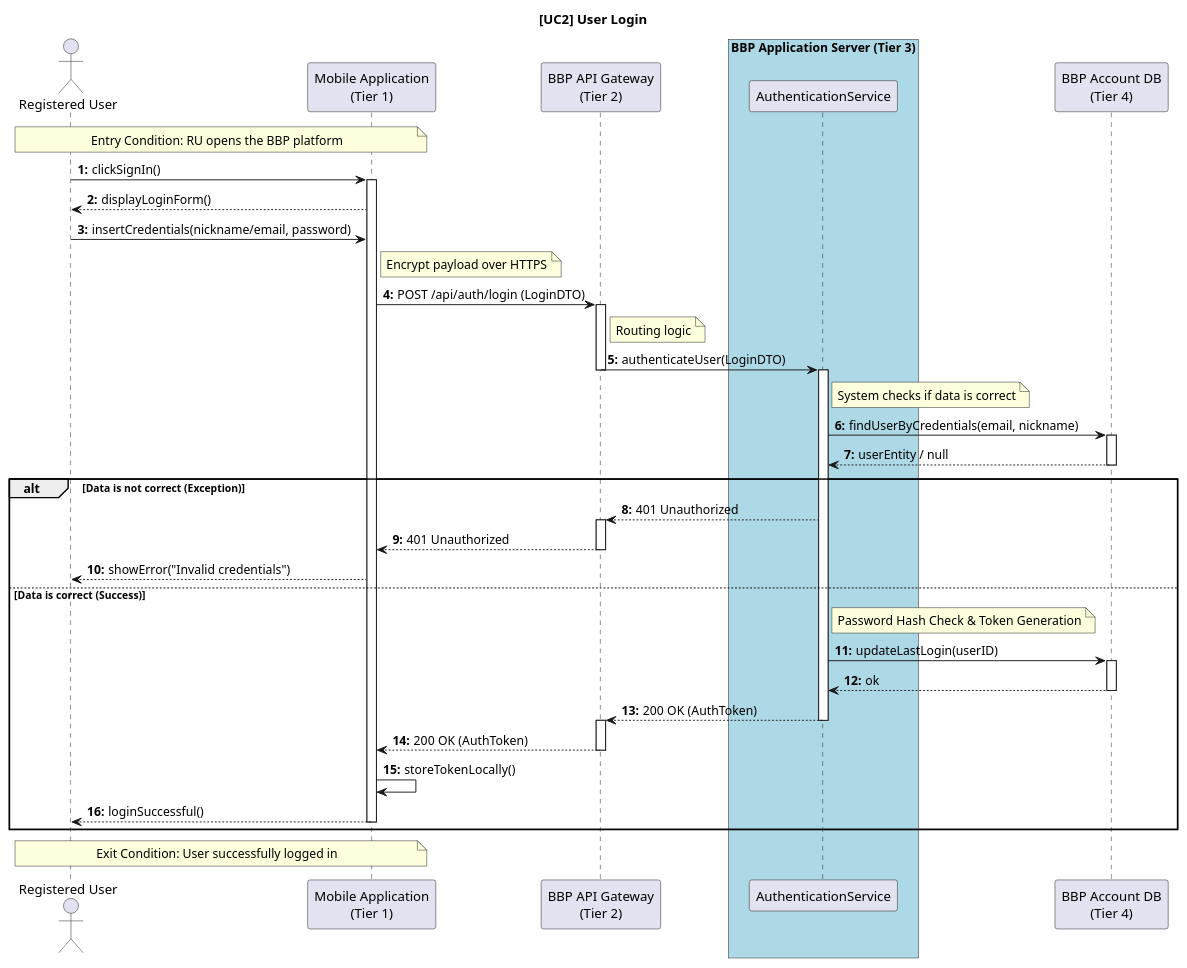
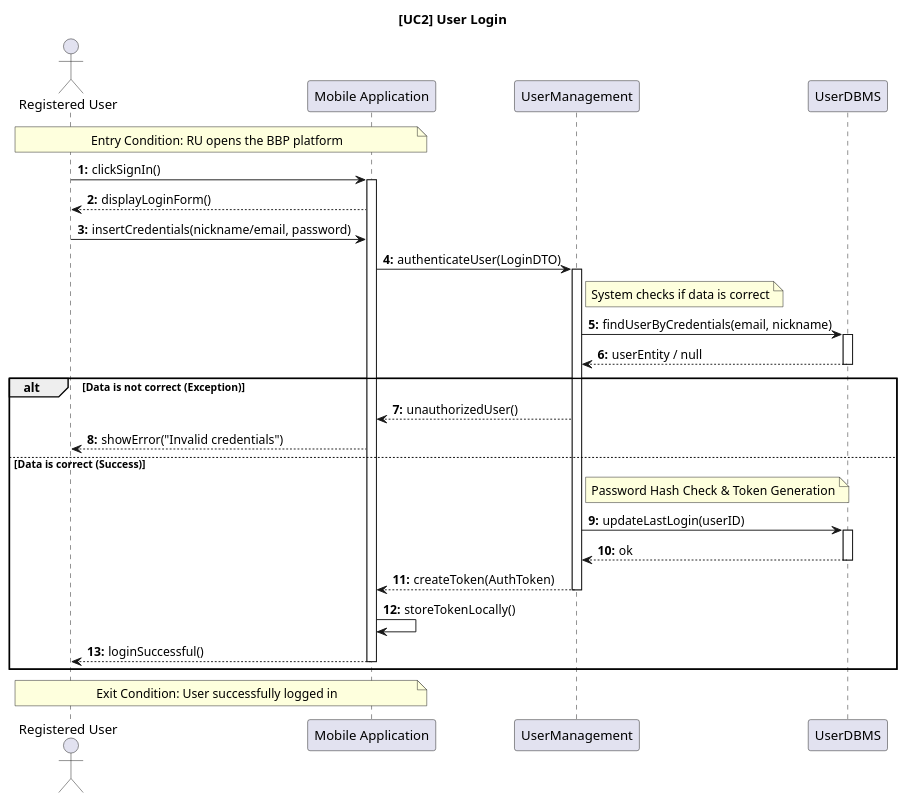
One commit to ilevinci/RubinoUvinsiVinciguerra changed the diagram in DD/sequencediagrams/usecase2.puml. Above: the diagram before and after it, drawn with PlantUML. The commit also changed 8 other files, not shown here.

Commit message:
update sequence diagrams (use case->component)

```diff
--- a/DD/sequencediagrams/usecase2.puml
+++ b/DD/sequencediagrams/usecase2.puml
@@ -1,91 +1,72 @@
 @startuml UC2_UserLogin_Design
 autonumber "<b>0:"
 title [UC2] User Login 
 
 ' =======================================================
 ' COMPONENT DEFINITION (4-TIER ARCHITECTURE)
 ' =======================================================
 actor "Registered User" as RU
-participant "Mobile Application\n(Tier 1)" as Client
-participant "BBP API Gateway\n(Tier 2)" as GW
-
-box "BBP Application Server (Tier 3)" #LightBlue
-    participant "AuthenticationService" as Auth
-end box
-
-participant "BBP Account DB\n(Tier 4)" as DB
+participant "Mobile Application" as Client
+participant "UserManagement" as Auth
+participant "UserDBMS" as DB
 
 ' =======================================================
 ' ENTRY CONDITION
 ' =======================================================
 note over RU, Client: Entry Condition: RU opens the BBP platform
 
 ' =======================================================
 ' INTERACTION FLOW
 ' =======================================================
 
 RU -> Client: clickSignIn()
 activate Client
 
 Client --> RU: displayLoginForm()
 
 ' Steps (a) and (b): Insertion of credentials
 RU -> Client: insertCredentials(nickname/email, password)
 
-' Preparazione chiamata sicura
-note right of Client: Encrypt payload over HTTPS
-Client -> GW: POST /api/auth/login (LoginDTO)
-activate GW
-
-' Routing al componente di Auth
-note right of GW: Routing logic
-GW -> Auth: authenticateUser(LoginDTO)
-deactivate GW
+Client -> Auth: authenticateUser(LoginDTO)
 activate Auth
 
 ' Step (c): Verification
 ' Il sistema verifica i dati interrogando il DB
 note right of Auth: System checks if data is correct
 Auth -> DB: findUserByCredentials(email, nickname)
 activate DB
 DB --> Auth: userEntity / null
 deactivate DB
 
 ' Logic: Alternative paths
 alt Data is not correct (Exception)
     ' Return 401 Unauthorized
-    Auth --> GW: 401 Unauthorized
-    activate GW
-    GW --> Client: 401 Unauthorized
-    deactivate GW
+    Auth --> Client: unauthorizedUser()
     Client --> RU: showError("Invalid credentials")
 
 else Data is correct (Success)
     ' Logica interna di autenticazione (Hash check & Token generation)
     note right of Auth: Password Hash Check & Token Generation
     
     ' Aggiornamento stato (opzionale ma raccomandato)
     Auth -> DB: updateLastLogin(userID)
     activate DB
     DB --> Auth: ok
     deactivate DB
 
     ' Risposta con Token di sessione
-    Auth --> GW: 200 OK (AuthToken)
+    Auth --> Client: createToken(AuthToken)
     deactivate Auth
-    activate GW
-    GW --> Client: 200 OK (AuthToken)
-    deactivate GW
     
     ' Gestione lato client
     Client -> Client: storeTokenLocally()
     Client --> RU: loginSuccessful()
     deactivate Client
 end
 
 ' =======================================================
 ' EXIT CONDITION
 ' =======================================================
 note over RU, Client: Exit Condition: User successfully logged in
 
 @enduml
```
